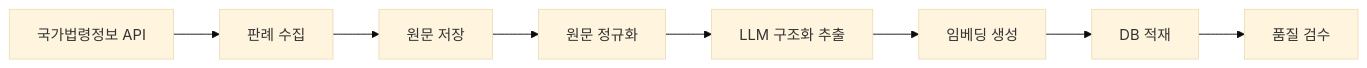
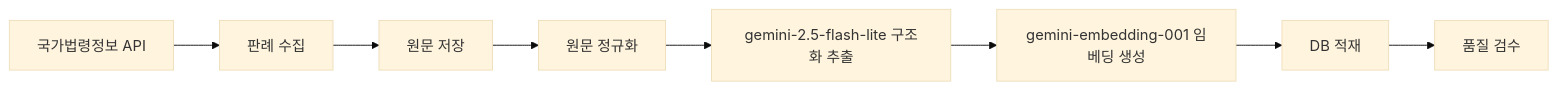
One commit to kms8994/Legal_comparison_AI changed the second of 4 diagrams in development_plan.md. Above: the diagram before and after it, drawn with Mermaid (base theme). The commit also changed other lines of this file and 32 other files, not shown here.

````diff
--- a/development_plan.md
+++ b/development_plan.md
@@ -206,10 +214,10 @@
 ```mermaid
 flowchart LR
     A["국가법령정보 API"] --> B["판례 수집"]
     B --> C["원문 저장"]
     C --> D["원문 정규화"]
-    D --> E["LLM 구조화 추출"]
-    E --> F["임베딩 생성"]
+    D --> E["gemini-2.5-flash-lite 구조화 추출"]
+    E --> F["gemini-embedding-001 임베딩 생성"]
     F --> G["DB 적재"]
     G --> H["품질 검수"]
 ```
````
